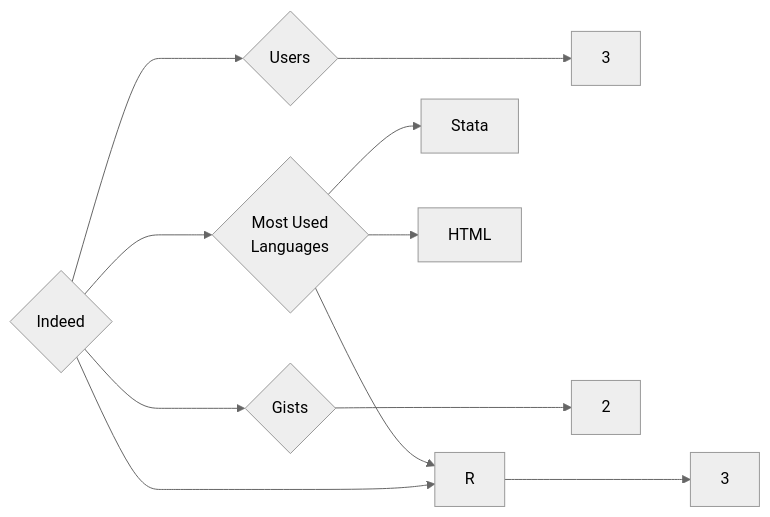
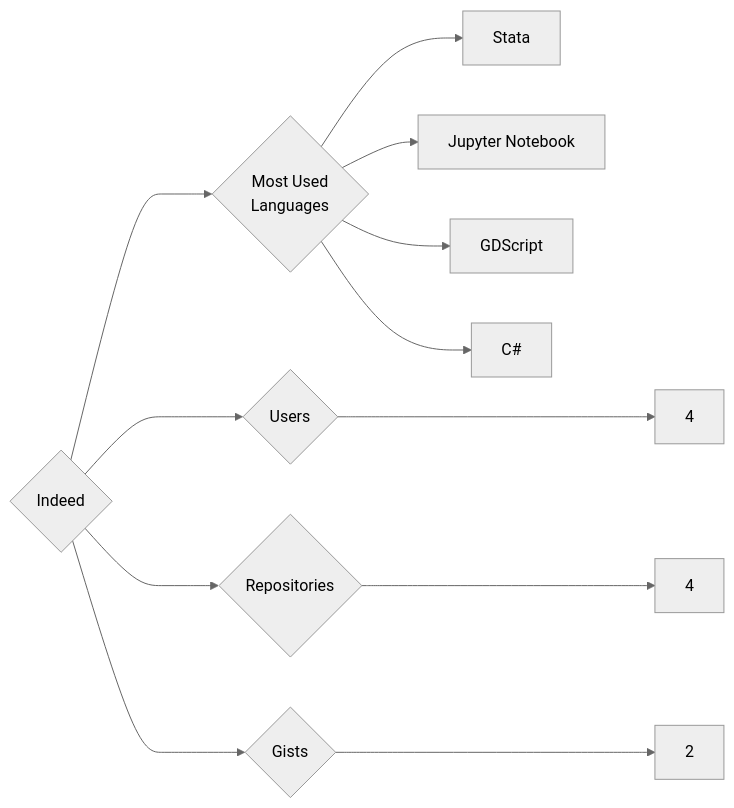
One commit to trickest/insiders changed the diagram in targets/Indeed/README.md. Above: the diagram before and after it, drawn with Mermaid (neutral theme). The commit also changed 750 other files, not shown here.

````diff
--- a/targets/Indeed/README.md
+++ b/targets/Indeed/README.md
@@ -3,11 +3,12 @@
 ```mermaid
 graph LR
 COMPANY_NAME{Indeed}
-COMPANY_NAME ---> U{Users} ---> UN[3]
-COMPANY_NAME ---> R{Repositories} ---> RN[3]
+COMPANY_NAME ---> U{Users} ---> UN[4]
+COMPANY_NAME ---> R{Repositories} ---> RN[4]
 COMPANY_NAME ---> G{Gists} ---> GN[2]
 COMPANY_NAME ---> ML{Most Used<br>Languages}
 ML --> Stata[Stata]
-ML --> R[R]
-ML --> HTML[HTML]
+ML --> Jupyter_Notebook[Jupyter Notebook]
+ML --> GDScript[GDScript]
+ML --> C#[C#]
 ```
````
